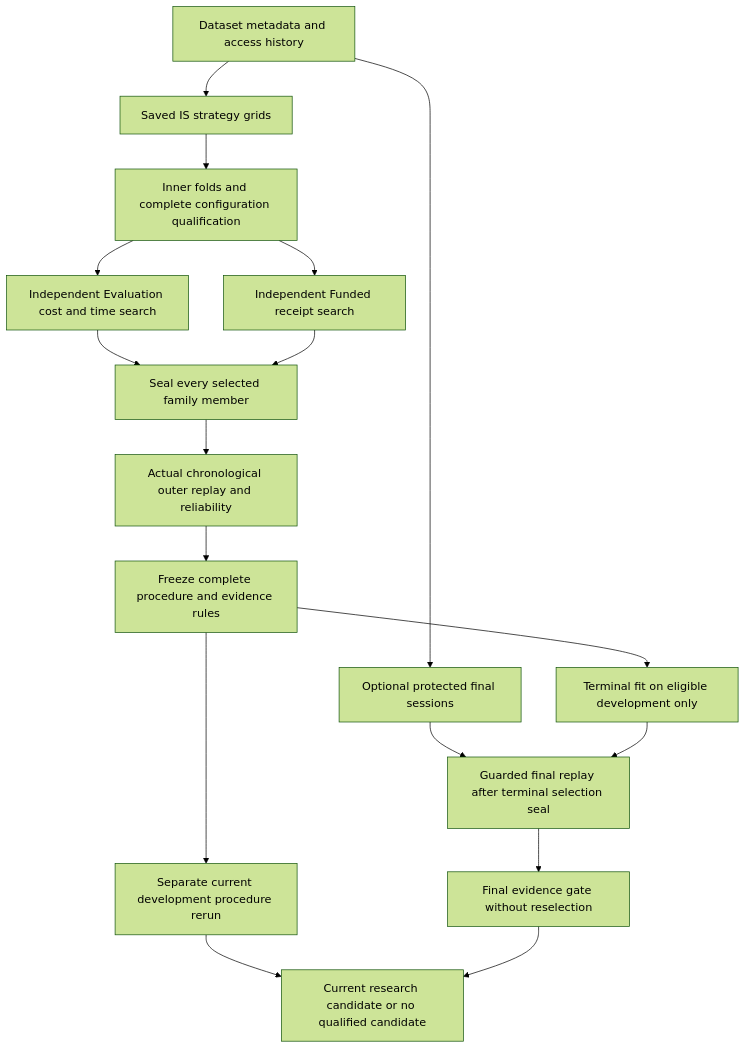
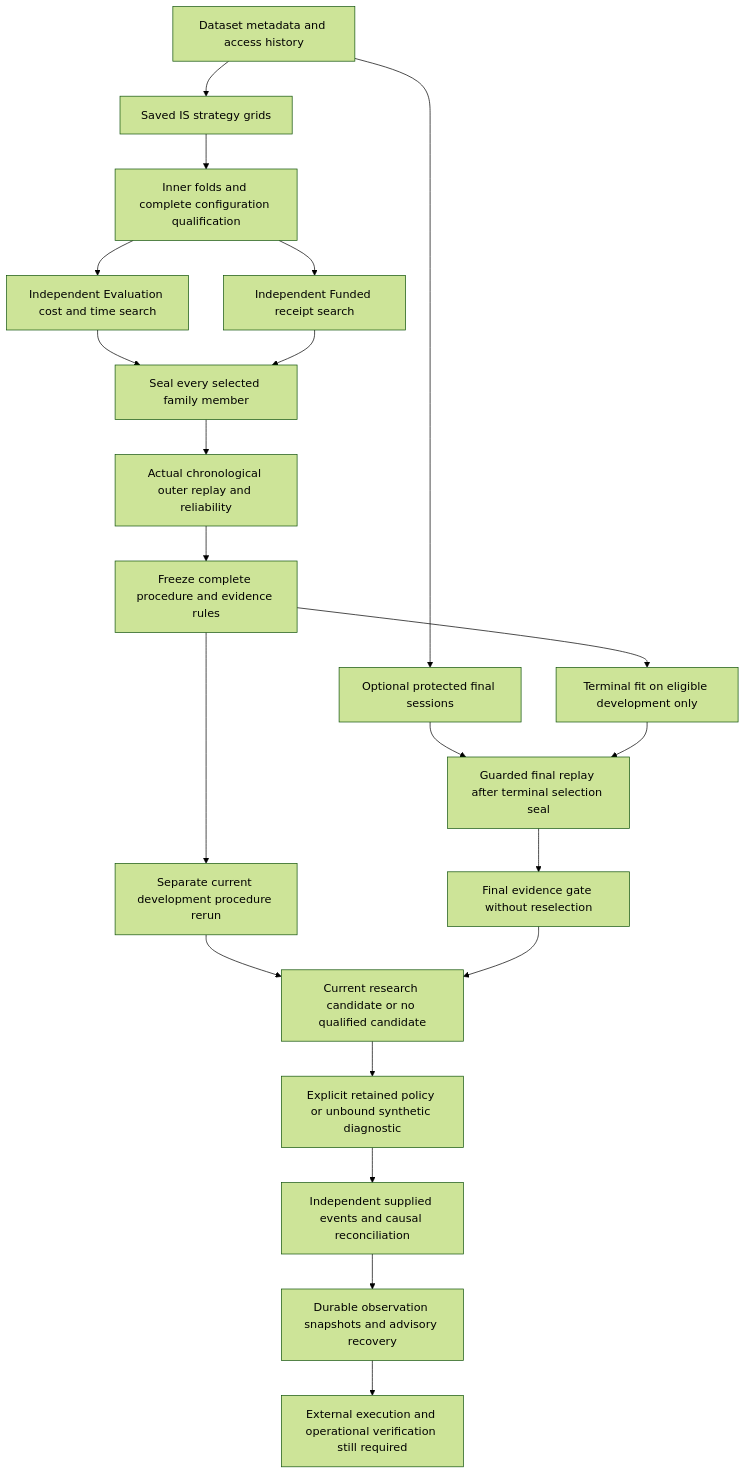
One commit to yuxuantan/alphaquest-research-engine-2 changed the second of 2 diagrams in docs/architecture.md. Above: the diagram before and after it, drawn with Mermaid (forest theme). The commit also changed other lines of this file and 22 other files, not shown here.

````diff
--- a/docs/architecture.md
+++ b/docs/architecture.md
@@ -377,19 +377,23 @@
 ```mermaid
 flowchart TD
     A[Dataset metadata and access history] --> B[Saved IS strategy grids]
     A --> H[Optional protected final sessions]
     B --> C[Inner folds and complete configuration qualification]
     C --> D[Independent Evaluation cost and time search]
     C --> E[Independent Funded receipt search]
     D --> F[Seal every selected family member]
     E --> F
     F --> G[Actual chronological outer replay and reliability]
     G --> I[Freeze complete procedure and evidence rules]
     I --> J[Terminal fit on eligible development only]
     H --> K[Guarded final replay after terminal selection seal]
     J --> K
     I --> L[Separate current development procedure rerun]
     K --> M[Final evidence gate without reselection]
     L --> N[Current research candidate or no qualified candidate]
     M --> N
+    N --> O[Explicit retained policy or unbound synthetic diagnostic]
+    O --> P[Independent supplied events and causal reconciliation]
+    P --> Q[Durable observation snapshots and advisory recovery]
+    Q --> R[External execution and operational verification still required]
 ```
````
